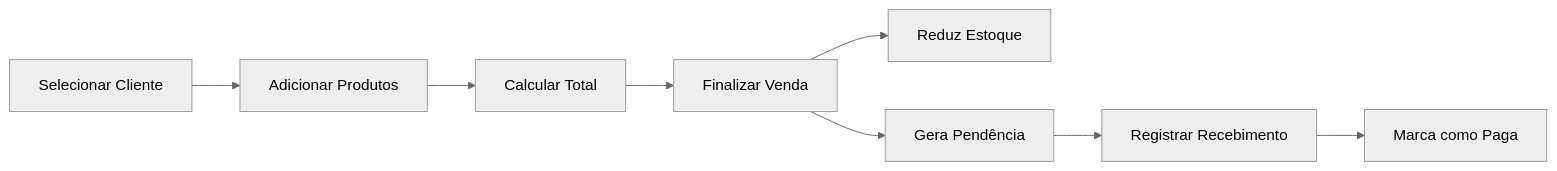
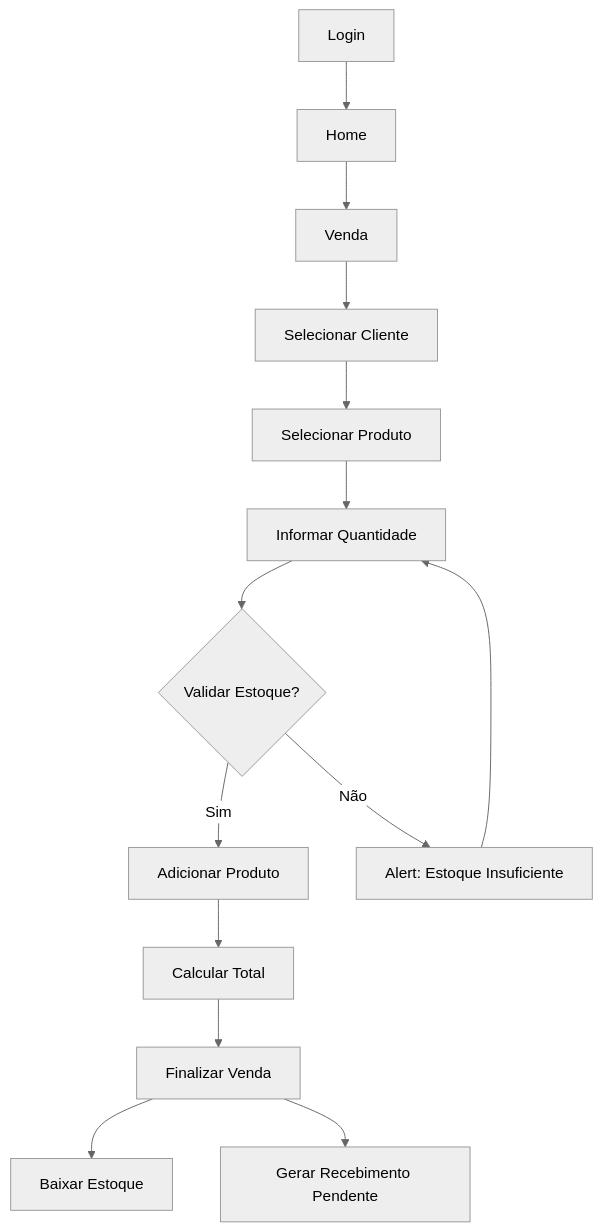
One commit to EduardoHenrrykSimonato/sistema-gestao-comercial changed the third of 5 diagrams in documentacao/DIAGRAMAS.md. Above: the diagram before and after it, drawn with Mermaid (neutral theme). The commit also changed other lines of this file and 11 other files, not shown here.

````diff
--- a/documentacao/DIAGRAMAS.md
+++ b/documentacao/DIAGRAMAS.md
@@ -84,10 +84,15 @@
 ```mermaid
-flowchart LR
-    A["Selecionar Cliente"] --> B["Adicionar Produtos"]
-    B --> C["Calcular Total"]
-    C --> D["Finalizar Venda"]
-    D --> E["Reduz Estoque"]
-    D --> F["Gera Pendência"]
-    F --> G["Registrar Recebimento"]
-    G --> H["Marca como Paga"]
+flowchart TD
+    Login["Login"] --> Home["Home"]
+    Home --> Venda["Venda"]
+    Venda --> SelCliente["Selecionar Cliente"]
+    SelCliente --> SelProd["Selecionar Produto"]
+    SelProd --> InfQtd["Informar Quantidade"]
+    InfQtd --> ValEst{"Validar Estoque?"}
+    ValEst -- Sim --> AddProd["Adicionar Produto"]
+    ValEst -- Não --> AlertEst["Alert: Estoque Insuficiente"] --> InfQtd
+    AddProd --> CalcTotal["Calcular Total"]
+    CalcTotal --> FinVenda["Finalizar Venda"]
+    FinVenda --> BaixEst["Baixar Estoque"]
+    FinVenda --> GerReceb["Gerar Recebimento Pendente"]
 ```
````
